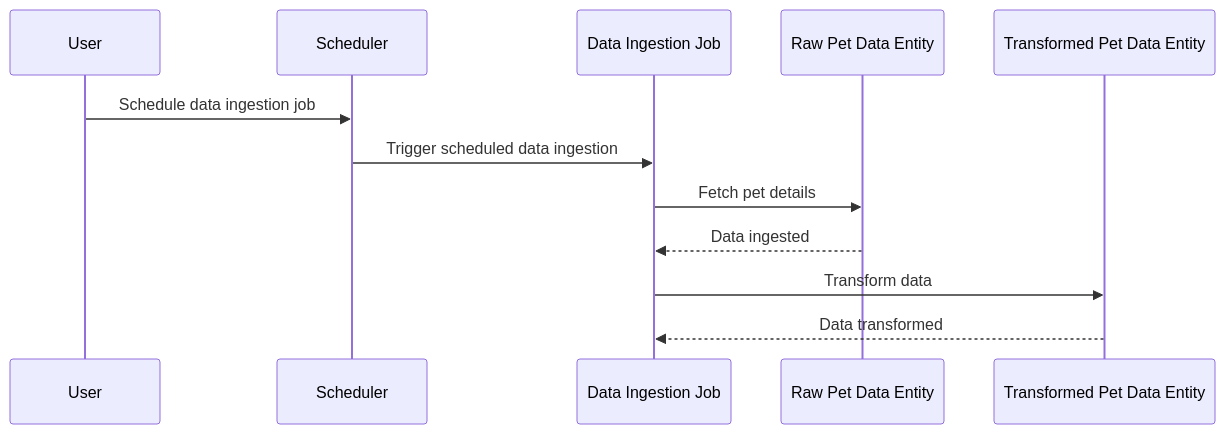
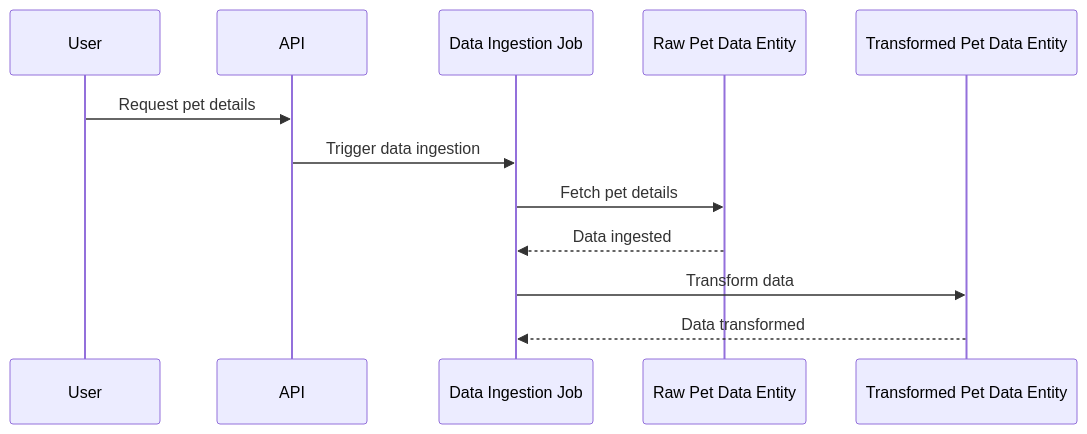
Before and after one commit to Cyoda-platform/quart-client-template: the third of 4 diagrams in entity/app_design_prd.md, drawn with Mermaid. The commit also changed other lines of this file, not shown here.

Commit message:
saved entity/app_design_prd.md: b4c56976-dd95-11ef-a287-eac462a7cb9f

````diff
--- a/entity/app_design_prd.md
+++ b/entity/app_design_prd.md
@@ -62,15 +62,15 @@
 ```mermaid
 sequenceDiagram
     participant User
-    participant Scheduler
+    participant API
     participant Data Ingestion Job
     participant Raw Pet Data Entity
     participant Transformed Pet Data Entity
 
-    User->>Scheduler: Schedule data ingestion job
-    Scheduler->>Data Ingestion Job: Trigger scheduled data ingestion
+    User->>API: Request pet details
+    API->>Data Ingestion Job: Trigger data ingestion
     Data Ingestion Job->>Raw Pet Data Entity: Fetch pet details
     Raw Pet Data Entity-->>Data Ingestion Job: Data ingested
     Data Ingestion Job->>Transformed Pet Data Entity: Transform data
     Transformed Pet Data Entity-->>Data Ingestion Job: Data transformed
 ```
````
